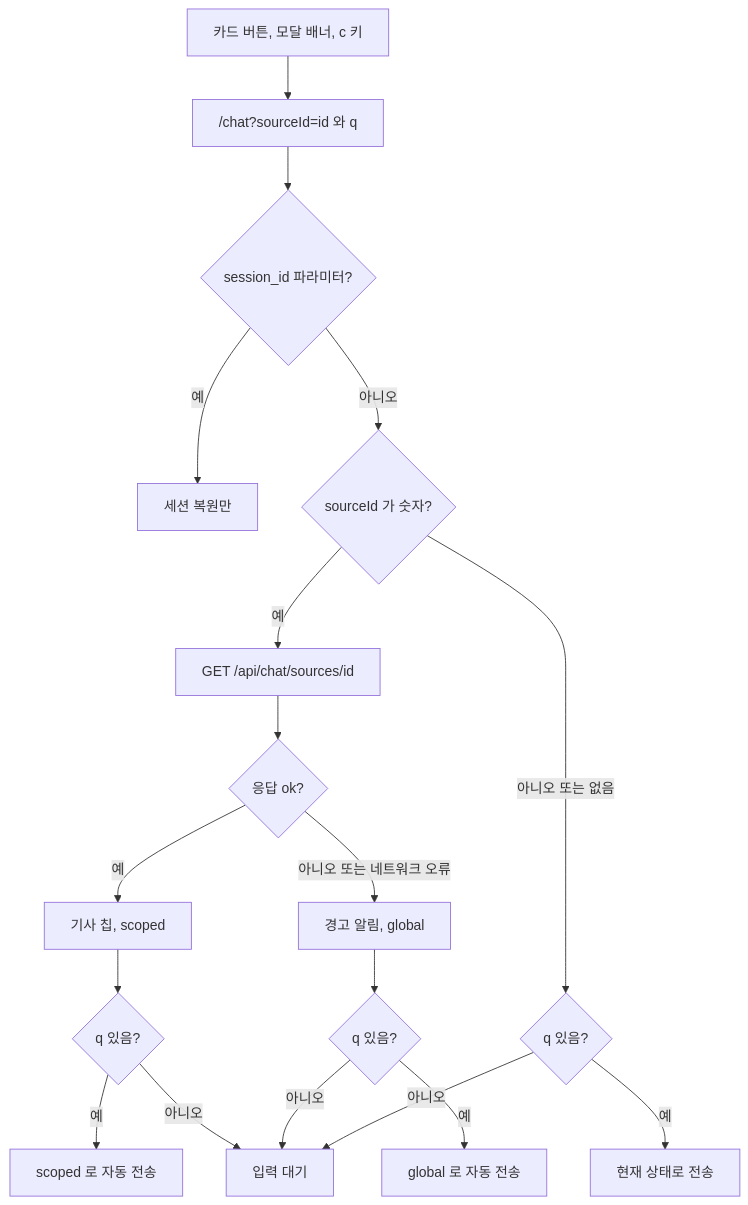
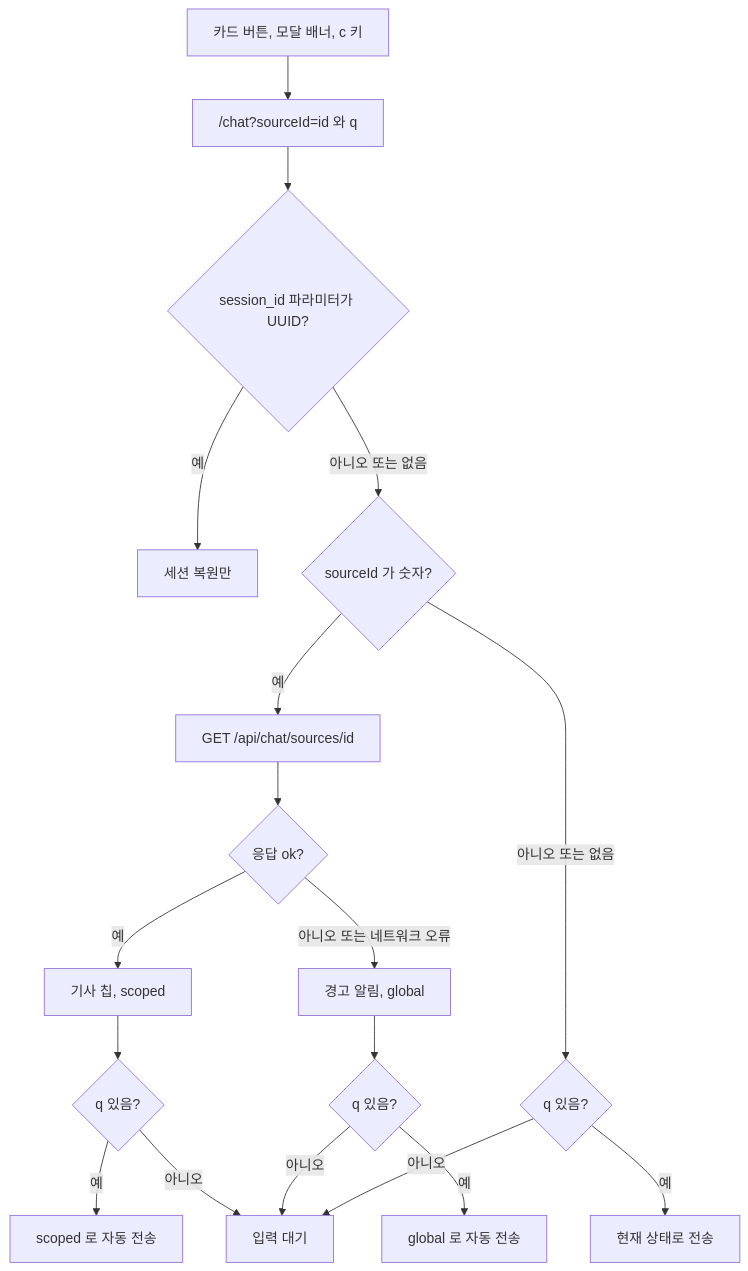
One commit to ozplayground/agent-lens changed diagram 18 of 27 in docs/spec-writer/fsd/02_AI_CHAT_SPECIFICATION.md. Above: the diagram before and after it, drawn with Mermaid. The commit also changed other lines of this file and 216 other files, not shown here.

````diff
--- a/docs/spec-writer/fsd/02_AI_CHAT_SPECIFICATION.md
+++ b/docs/spec-writer/fsd/02_AI_CHAT_SPECIFICATION.md
@@ -1399,20 +1432,20 @@
 ```mermaid
 flowchart TD
     A["카드 버튼, 모달 배너, c 키"] --> B["/chat?sourceId=id 와 q"]
-    B --> C{"session_id 파라미터?"}
+    B --> C{"session_id 파라미터가 UUID?"}
     C -->|예| D["세션 복원만"]
-    C -->|아니오| E{"sourceId 가 숫자?"}
+    C -->|아니오 또는 없음| E{"sourceId 가 숫자?"}
     E -->|예| F["GET /api/chat/sources/id"]
     F --> G{"응답 ok?"}
     G -->|예| H["기사 칩, scoped"]
     H --> I{"q 있음?"}
     I -->|예| J["scoped 로 자동 전송"]
     I -->|아니오| K["입력 대기"]
     G -->|아니오 또는 네트워크 오류| L["경고 알림, global"]
     L --> M{"q 있음?"}
     M -->|예| N["global 로 자동 전송"]
     M -->|아니오| K
     E -->|아니오 또는 없음| O{"q 있음?"}
     O -->|예| P["현재 상태로 전송"]
     O -->|아니오| K
 ```
````
